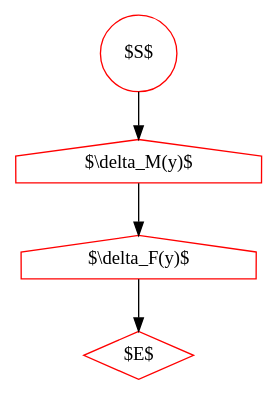
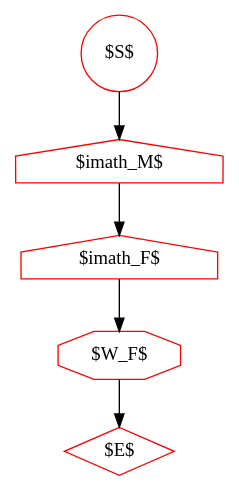
One commit to ihh/transducer-tutorial changed the diagram in moore-mf-generator.dot. Above: the diagram before and after it, drawn with Graphviz. The commit also changed 15 other files, not shown here.

```diff
--- a/moore-mf-generator.dot
+++ b/moore-mf-generator.dot
@@ -1,11 +1,12 @@
 digraph G {
     S [label="$S$", shape=circle, color=red];
     E [label="$E$", shape=diamond, color=red];
+    W [label="$W_F$", shape=octagon, color=red];
 
-    I1 [label="$\\delta_M(y)$", shape=house, color=red];
-    I2 [label="$\\delta_F(y)$", shape=house, color=red];
+    I1 [label="$\imath_M$", shape=house, color=red];
+    I2 [label="$\imath_F$", shape=house, color=red];
 
-S->I1->I2->E;
+S->I1->I2->W->E;
 
 
 }
```
